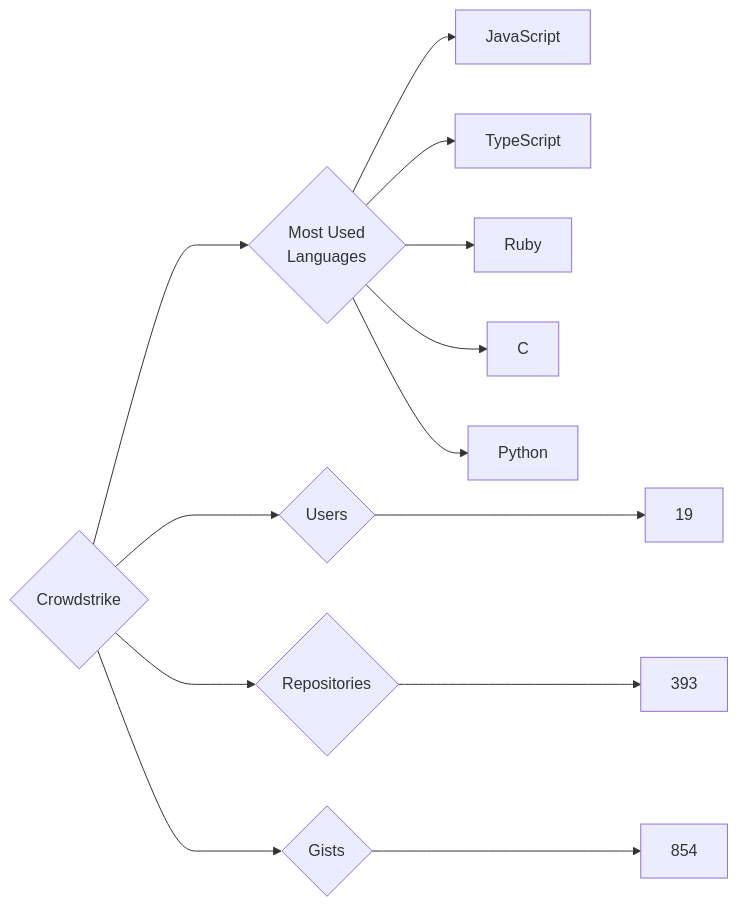
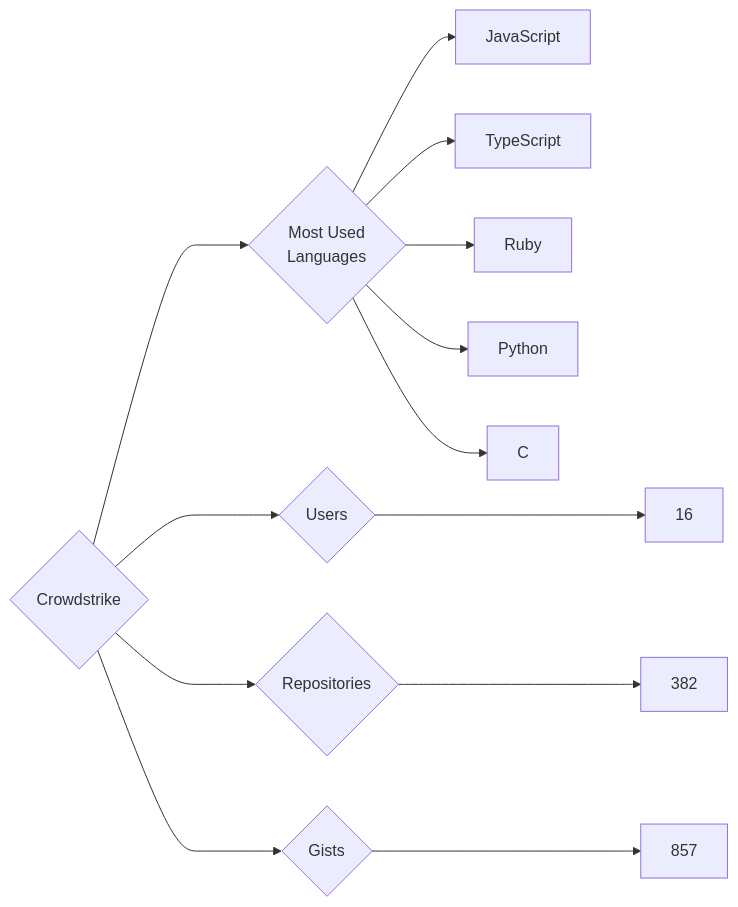
One commit to trickest/insiders changed the diagram in targets/Crowdstrike/README.md. Above: the diagram before and after it, drawn with Mermaid. The commit also changed 860 other files, not shown here.

````diff
--- a/targets/Crowdstrike/README.md
+++ b/targets/Crowdstrike/README.md
@@ -3,13 +3,13 @@
 ```mermaid
 graph LR
 COMPANY_NAME{Crowdstrike}
-COMPANY_NAME ---> U{Users} ---> UN[19]
-COMPANY_NAME ---> R{Repositories} ---> RN[393]
-COMPANY_NAME ---> G{Gists} ---> GN[854]
+COMPANY_NAME ---> U{Users} ---> UN[16]
+COMPANY_NAME ---> R{Repositories} ---> RN[382]
+COMPANY_NAME ---> G{Gists} ---> GN[857]
 COMPANY_NAME ---> ML{Most Used<br>Languages}
 ML --> JavaScript[JavaScript]
 ML --> TypeScript[TypeScript]
 ML --> Ruby[Ruby]
+ML --> Python[Python]
 ML --> C[C]
-ML --> Python[Python]
 ```
````
